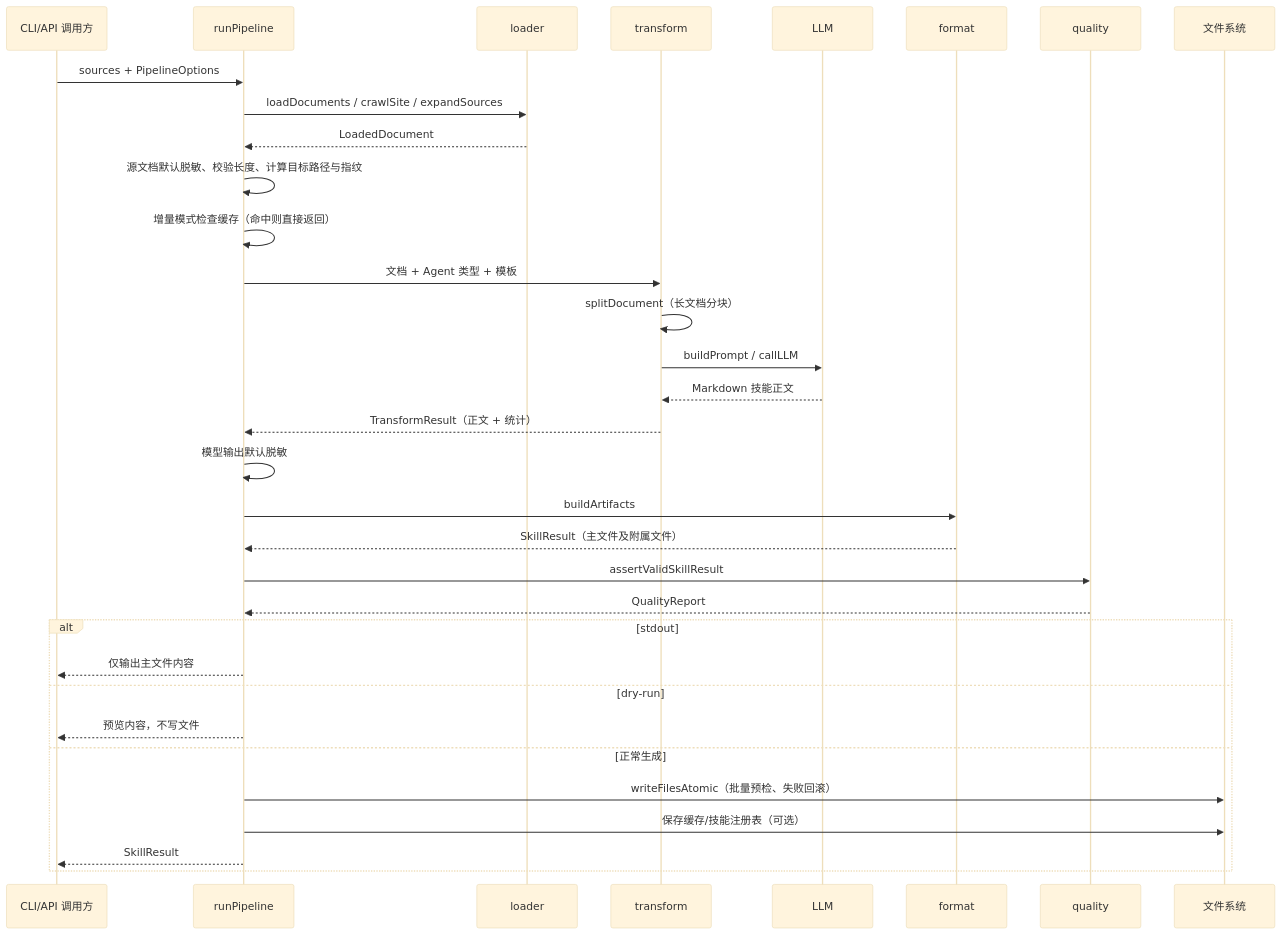
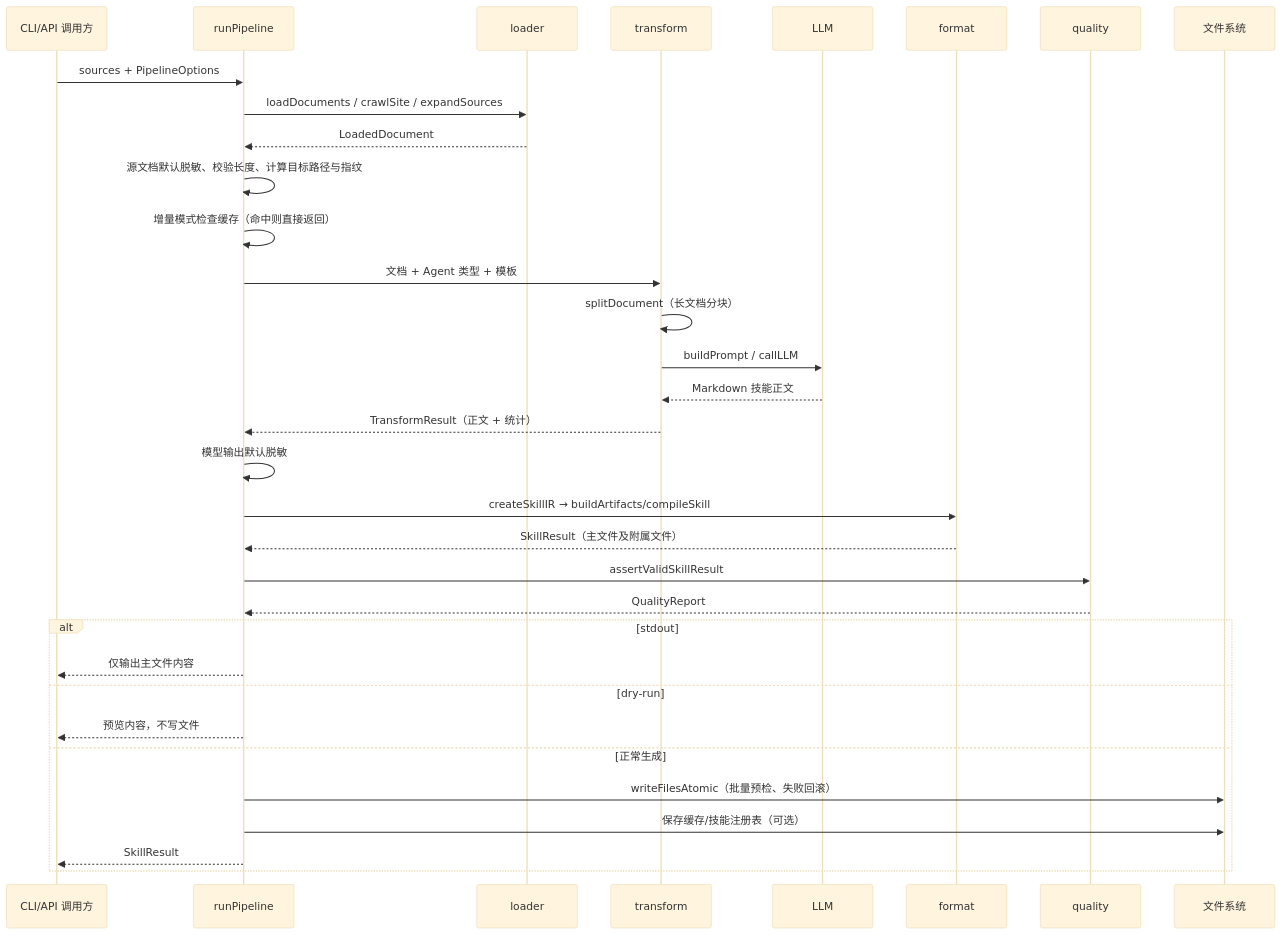
One commit to xkun1/ai-devtoolkit changed the second of 2 diagrams in docs/architecture.md. Above: the diagram before and after it, drawn with Mermaid (base theme). The commit also changed other lines of this file and 33 other files, not shown here.

````diff
--- a/docs/architecture.md
+++ b/docs/architecture.md
@@ -47,36 +49,36 @@
 ```mermaid
 sequenceDiagram
     participant C as CLI/API 调用方
     participant P as runPipeline
     participant L as loader
     participant T as transform
     participant M as LLM
     participant F as format
     participant Q as quality
     participant W as 文件系统
 
     C->>P: sources + PipelineOptions
     P->>L: loadDocuments / crawlSite / expandSources
     L-->>P: LoadedDocument
     P->>P: 源文档默认脱敏、校验长度、计算目标路径与指纹
     P->>P: 增量模式检查缓存（命中则直接返回）
     P->>T: 文档 + Agent 类型 + 模板
     T->>T: splitDocument（长文档分块）
     T->>M: buildPrompt / callLLM
     M-->>T: Markdown 技能正文
     T-->>P: TransformResult（正文 + 统计）
     P->>P: 模型输出默认脱敏
-    P->>F: buildArtifacts
+    P->>F: createSkillIR → buildArtifacts/compileSkill
     F-->>P: SkillResult（主文件及附属文件）
     P->>Q: assertValidSkillResult
     Q-->>P: QualityReport
     alt stdout
         P-->>C: 仅输出主文件内容
     else dry-run
         P-->>C: 预览内容，不写文件
     else 正常生成
         P->>W: writeFilesAtomic（批量预检、失败回滚）
         P->>W: 保存缓存/技能注册表（可选）
         P-->>C: SkillResult
     end
 ```
````
